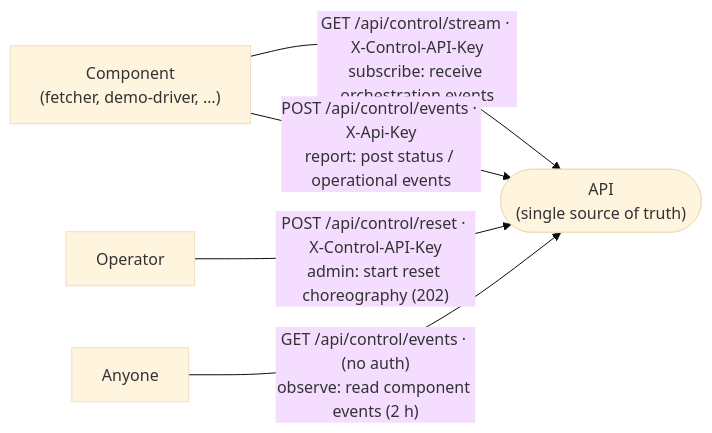
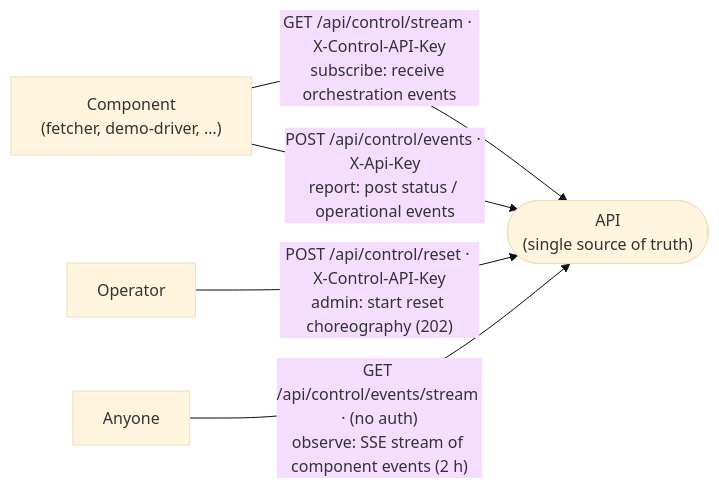
Before and after one commit to kostiantyn-matsebora/deployment-dashboard: the diagram in docs/api/api-guidelines.md, drawn with Mermaid (base theme). The commit also changed other lines of this file and 3 other files, not shown here.

First line of the commit message:
docs(control): spec component-events SSE, retire the listing

````diff
--- a/docs/api/api-guidelines.md
+++ b/docs/api/api-guidelines.md
@@ -183,12 +182,12 @@
 ```mermaid
 flowchart LR
     Component["Component<br/>(fetcher, demo-driver, …)"]
     Operator["Operator"]
     Anyone["Anyone"]
     API(["API<br/>(single source of truth)"])
 
     Component -->|"GET /api/control/stream · X-Control-API-Key<br/>subscribe: receive orchestration events"| API
     Component -->|"POST /api/control/events · X-Api-Key<br/>report: post status / operational events"| API
     Operator -->|"POST /api/control/reset · X-Control-API-Key<br/>admin: start reset choreography (202)"| API
-    Anyone -->|"GET /api/control/events · (no auth)<br/>observe: read component events (2 h)"| API
+    Anyone -->|"GET /api/control/events/stream · (no auth)<br/>observe: SSE stream of component events (2 h)"| API
 ```
````
